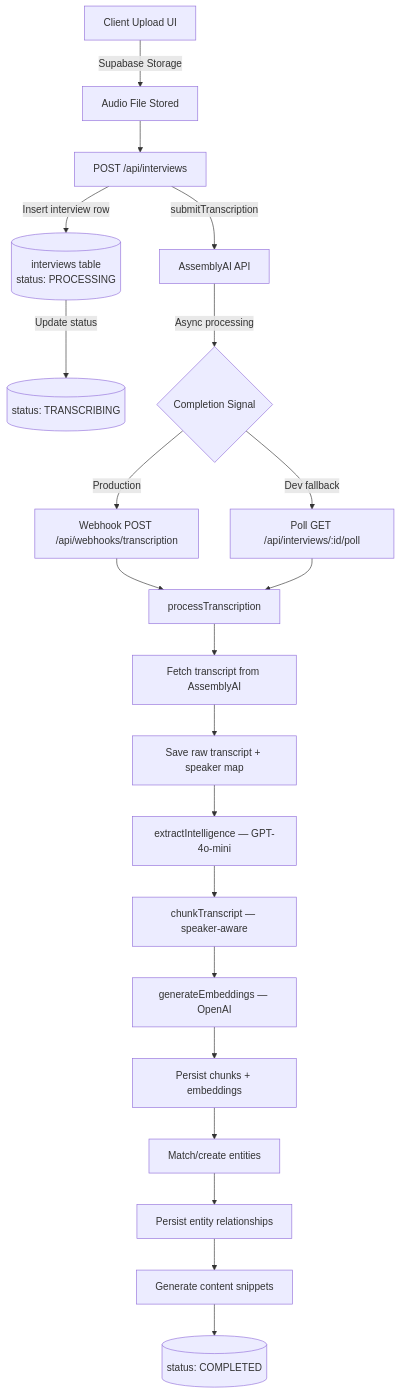
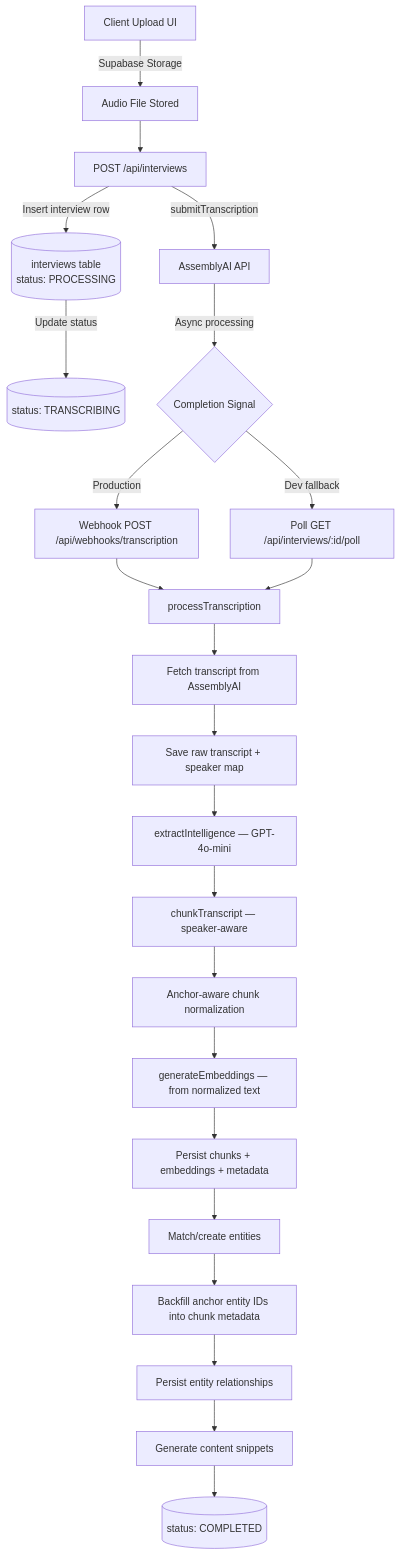
Before and after one commit to carlosmatac/sovereign-data: the first of 2 diagrams in docs/architecture/ingestion-pipeline.md, drawn with Mermaid. The commit also changed other lines of this file and 8 other files, not shown here.

First line of the commit message:
Add shared report intelligence layer and anchor-aware chunk normalization

````diff
--- a/docs/architecture/ingestion-pipeline.md
+++ b/docs/architecture/ingestion-pipeline.md
@@ -11,26 +11,28 @@
 ```mermaid
 flowchart TD
     A[Client Upload UI] -->|Supabase Storage| B[Audio File Stored]
     B --> C[POST /api/interviews]
     C -->|Insert interview row| D[(interviews table<br/>status: PROCESSING)]
     C -->|submitTranscription| E[AssemblyAI API]
     D -->|Update status| F[(status: TRANSCRIBING)]
 
     E -->|Async processing| G{Completion Signal}
     G -->|Production| H[Webhook POST /api/webhooks/transcription]
     G -->|Dev fallback| I[Poll GET /api/interviews/:id/poll]
 
     H --> J[processTranscription]
     I --> J
 
     J --> K[Fetch transcript from AssemblyAI]
     K --> L[Save raw transcript + speaker map]
     L --> M[extractIntelligence — GPT-4o-mini]
     M --> N[chunkTranscript — speaker-aware]
-    N --> O[generateEmbeddings — OpenAI]
-    O --> P[Persist chunks + embeddings]
+    N --> N2[Anchor-aware chunk normalization]
+    N2 --> O[generateEmbeddings — from normalized text]
+    O --> P[Persist chunks + embeddings + metadata]
     P --> Q[Match/create entities]
-    Q --> R[Persist entity relationships]
+    Q --> Q2[Backfill anchor entity IDs into chunk metadata]
+    Q2 --> R[Persist entity relationships]
     R --> S[Generate content snippets]
     S --> T[(status: COMPLETED)]
 ```
````
